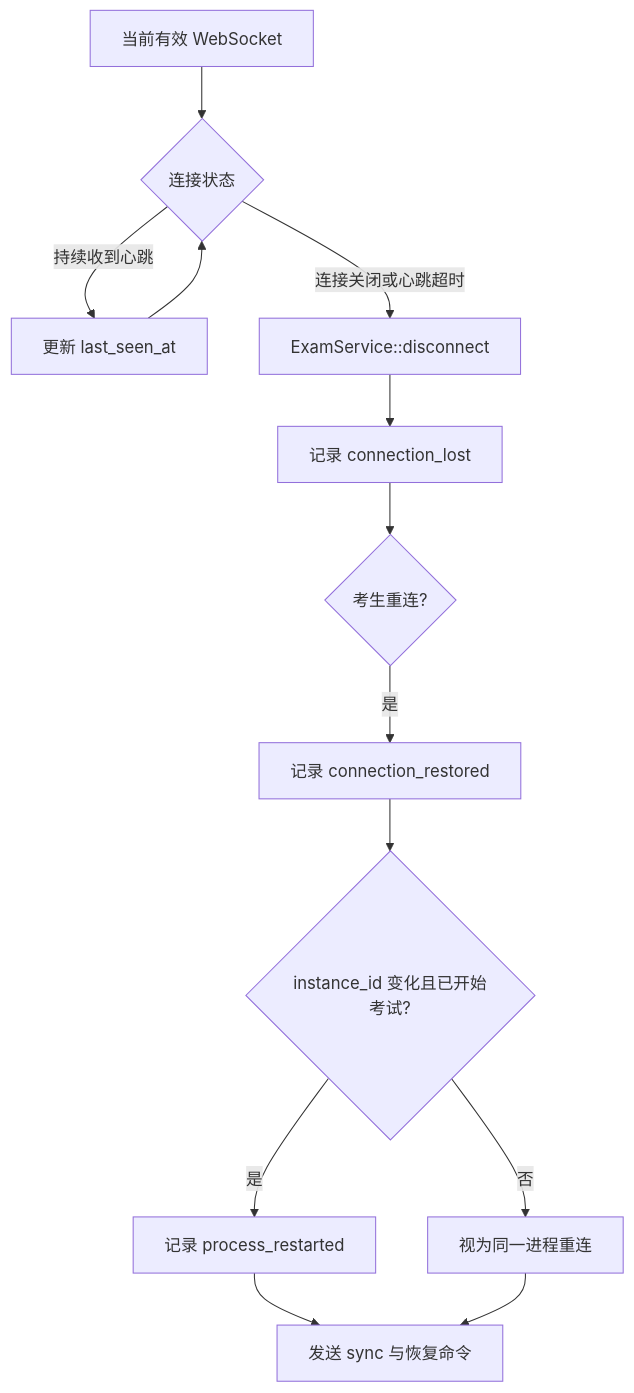
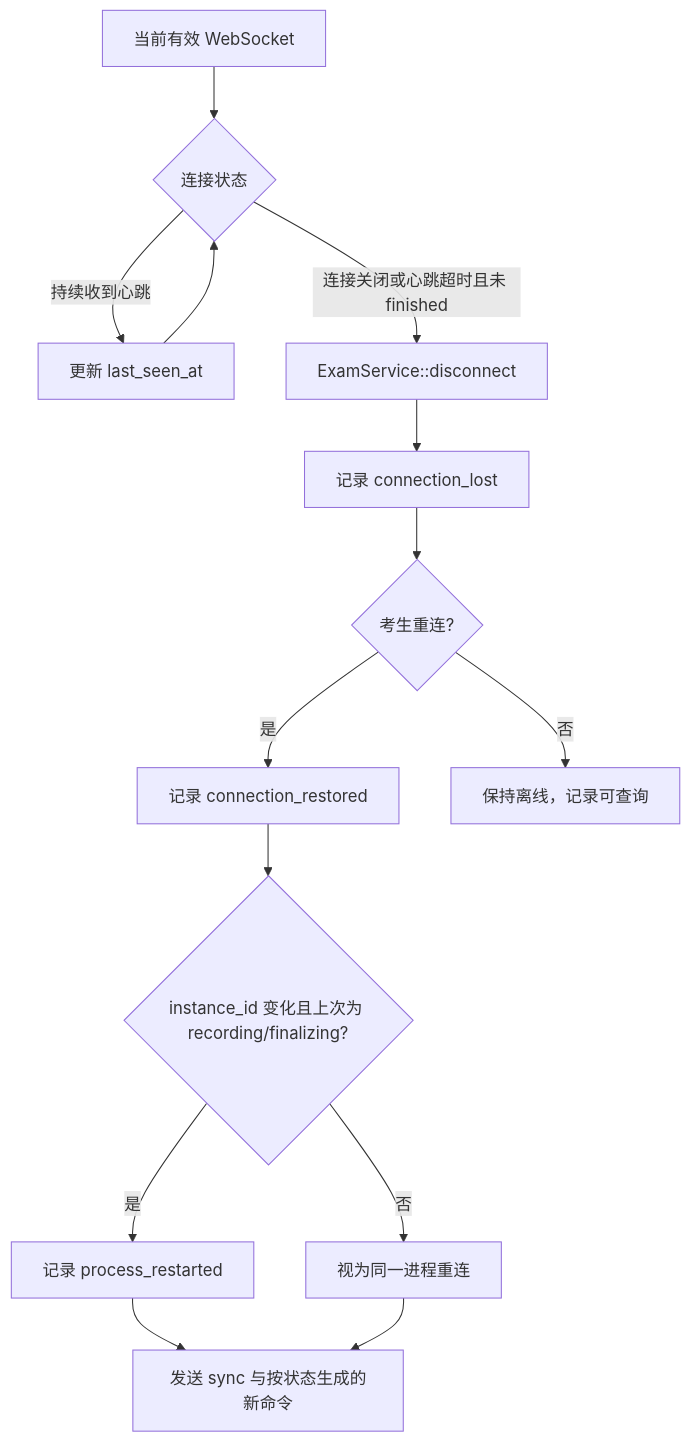
One commit to BUAA-OJ/CVBBMSO changed the diagram in docs/design/crates/cvbbmso-server.md. Above: the diagram before and after it, drawn with Mermaid. The commit also changed other lines of this file and 9 other files, not shown here.

````diff
--- a/docs/design/crates/cvbbmso-server.md
+++ b/docs/design/crates/cvbbmso-server.md
@@ -70,15 +77,16 @@
 ```mermaid
 flowchart TD
     A[当前有效 WebSocket] --> B{连接状态}
     B -->|持续收到心跳| C[更新 last_seen_at]
     C --> B
-    B -->|连接关闭或心跳超时| D[ExamService::disconnect]
+    B -->|连接关闭或心跳超时且未 finished| D[ExamService::disconnect]
     D --> E[记录 connection_lost]
     E --> F{考生重连?}
     F -->|是| G[记录 connection_restored]
-    G --> H{instance_id 变化且已开始考试?}
+    G --> H{instance_id 变化且上次为 recording/finalizing?}
     H -->|是| I[记录 process_restarted]
     H -->|否| J[视为同一进程重连]
-    I --> K[发送 sync 与恢复命令]
+    I --> K[发送 sync 与按状态生成的新命令]
     J --> K
+    F -->|否| L[保持离线，记录可查询]
 ```
````
